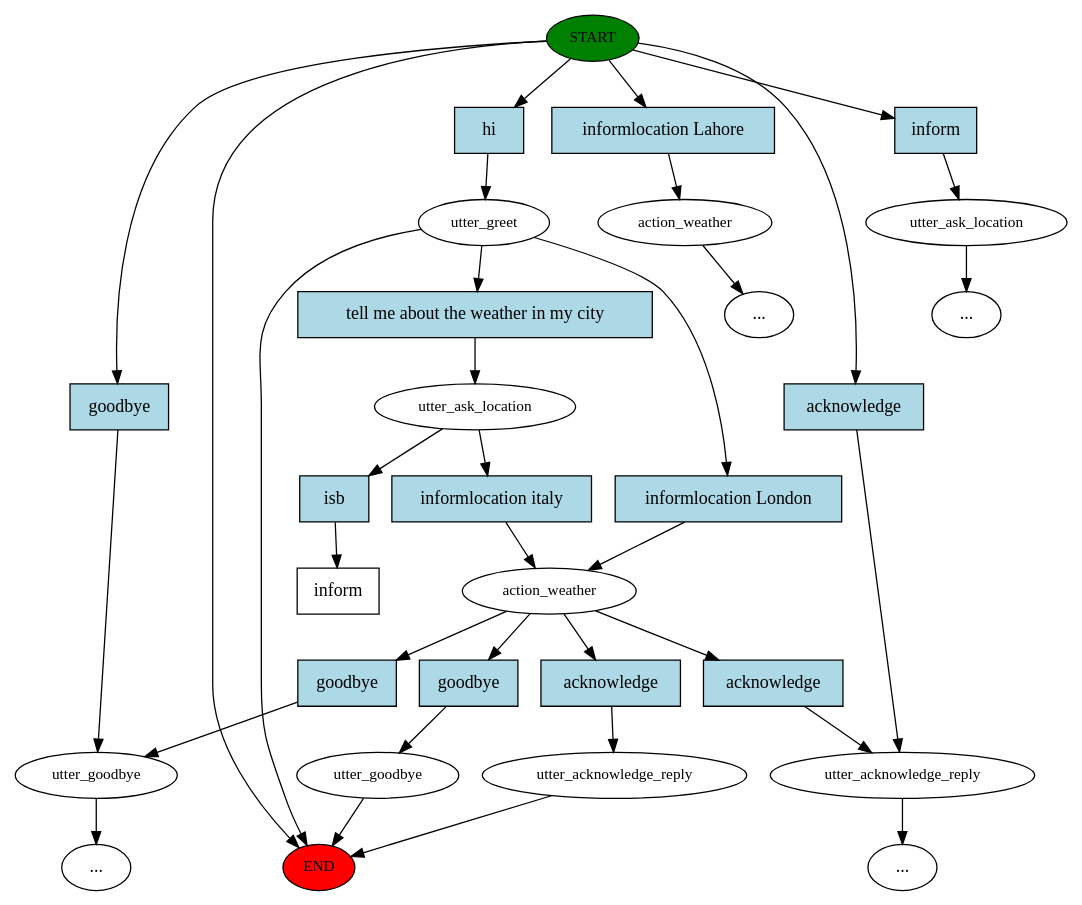
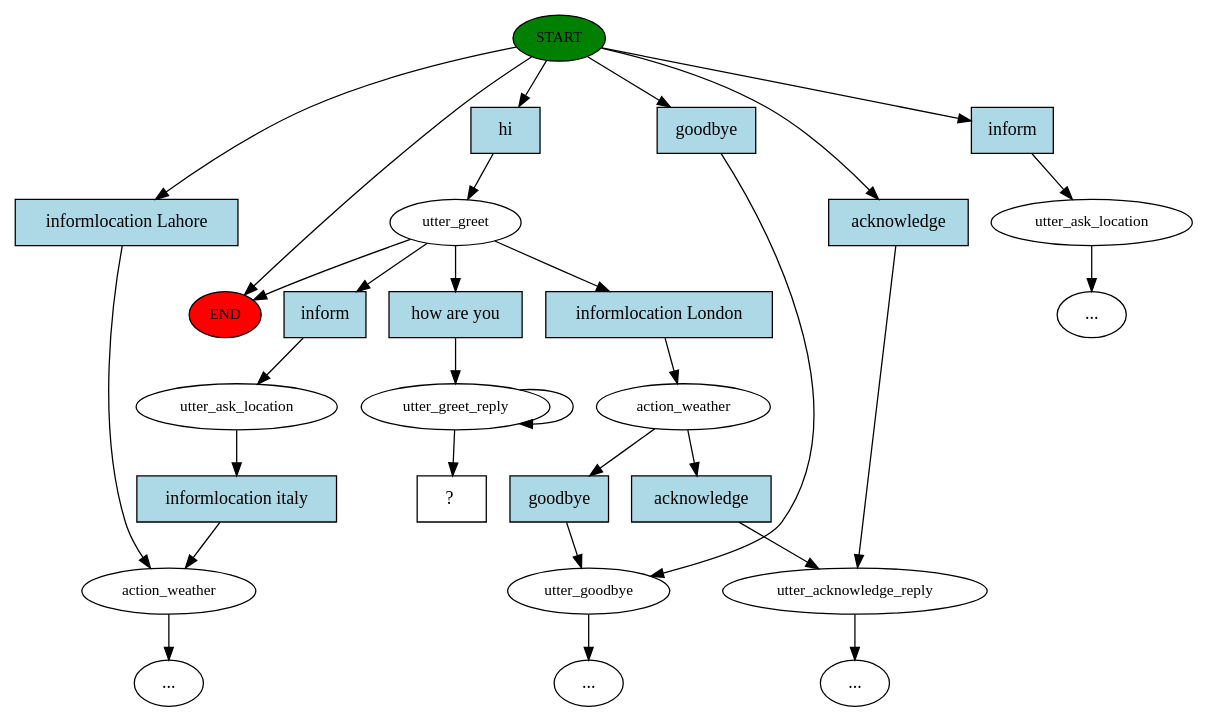
Before and after one commit to Nomiluks/weather-bot: the diagram in story_graph.dot, drawn with Graphviz. The commit also changed 21 other files, not shown here.

```diff
--- a/story_graph.dot
+++ b/story_graph.dot
@@ -1,65 +1,58 @@
 digraph  {
 0 [class="start active", fillcolor=green, fontsize=12, label=START, style=filled];
 "-1" [class=end, fillcolor=red, fontsize=12, label=END, style=filled];
 1 [class="", fontsize=12, label=utter_goodbye];
 2 [class=active, fontsize=12, label=utter_greet];
 3 [class="", fontsize=12, label=action_weather];
 4 [class="", fontsize=12, label=utter_acknowledge_reply];
 5 [class="", fontsize=12, label=utter_ask_location];
 "-6" [class=ellipsis, label="..."];
-7 [class=active, fontsize=12, label=utter_ask_location];
-8 [class="", fontsize=12, label=action_weather];
-9 [class="", fontsize=12, label=utter_acknowledge_reply];
-"-7" [class=ellipsis, label="..."];
-16 [class="", fontsize=12, label=utter_goodbye];
-"-8" [class=ellipsis, label="..."];
-"-9" [class=ellipsis, label="..."];
-23 [class="intent dashed active", label=inform, shape=rect];
+7 [class="", fontsize=12, label=utter_ask_location];
+10 [class="", fontsize=12, label=action_weather];
+"-10" [class=ellipsis, label="..."];
+"-11" [class=ellipsis, label="..."];
+"-12" [class=ellipsis, label="..."];
+21 [class=active, fontsize=12, label=utter_greet_reply];
+23 [class="intent dashed active", label="  ?  ", shape=rect];
 24 [class=intent, fillcolor=lightblue, label=goodbye, shape=rect, style=filled];
 25 [class="intent active", fillcolor=lightblue, label=hi, shape=rect, style=filled];
 26 [class=intent, fillcolor=lightblue, label="informlocation Lahore", shape=rect, style=filled];
 27 [class=intent, fillcolor=lightblue, label=acknowledge, shape=rect, style=filled];
 28 [class=intent, fillcolor=lightblue, label=inform, shape=rect, style=filled];
-29 [class="intent active", fillcolor=lightblue, label="tell me about the weather in my city", shape=rect, style=filled];
+29 [class=intent, fillcolor=lightblue, label=inform, shape=rect, style=filled];
 30 [class=intent, fillcolor=lightblue, label="informlocation London", shape=rect, style=filled];
-31 [class=intent, fillcolor=lightblue, label="informlocation italy", shape=rect, style=filled];
-32 [class="intent active", fillcolor=lightblue, label=isb, shape=rect, style=filled];
+31 [class="intent active", fillcolor=lightblue, label="how are you", shape=rect, style=filled];
+32 [class=intent, fillcolor=lightblue, label="informlocation italy", shape=rect, style=filled];
 33 [class=intent, fillcolor=lightblue, label=acknowledge, shape=rect, style=filled];
-34 [class=intent, fillcolor=lightblue, label=acknowledge, shape=rect, style=filled];
-35 [class=intent, fillcolor=lightblue, label=goodbye, shape=rect, style=filled];
-36 [class=intent, fillcolor=lightblue, label=goodbye, shape=rect, style=filled];
+34 [class=intent, fillcolor=lightblue, label=goodbye, shape=rect, style=filled];
 0 -> "-1"  [class="", key=NONE, label=""];
 0 -> 24  [class="", key=0];
 0 -> 25  [class=active, key=0];
 0 -> 26  [class="", key=0];
 0 -> 27  [class="", key=0];
 0 -> 28  [class="", key=0];
-1 -> "-8"  [class="", key=NONE, label=""];
+1 -> "-10"  [class="", key=NONE, label=""];
 2 -> "-1"  [class="", key=NONE, label=""];
-2 -> 29  [class=active, key=0];
+2 -> 29  [class="", key=0];
 2 -> 30  [class="", key=0];
-3 -> "-9"  [class="", key=NONE, label=""];
-4 -> "-7"  [class="", key=NONE, label=""];
+2 -> 31  [class=active, key=0];
+3 -> "-11"  [class="", key=NONE, label=""];
+4 -> "-12"  [class="", key=NONE, label=""];
 5 -> "-6"  [class="", key=NONE, label=""];
-7 -> 31  [class="", key=0];
-7 -> 32  [class=active, key=0];
-8 -> 33  [class="", key=0];
-8 -> 34  [class="", key=0];
-8 -> 35  [class="", key=0];
-8 -> 36  [class="", key=0];
-9 -> "-1"  [class="", key=NONE, label=""];
-16 -> "-1"  [class="", key=NONE, label=""];
+7 -> 32  [class="", key=0];
+10 -> 33  [class="", key=0];
+10 -> 34  [class="", key=0];
+21 -> 23  [class=active, key=NONE, label=""];
+21 -> 21  [class=active, key=NONE, label=""];
 24 -> 1  [class="", key=0];
 25 -> 2  [class=active, key=0];
 26 -> 3  [class="", key=0];
 27 -> 4  [class="", key=0];
 28 -> 5  [class="", key=0];
-29 -> 7  [class=active, key=0];
-30 -> 8  [class="", key=0];
-31 -> 8  [class="", key=0];
-32 -> 23  [class=active, key=0];
-33 -> 9  [class="", key=0];
-34 -> 4  [class="", key=0];
-35 -> 16  [class="", key=0];
-36 -> 1  [class="", key=0];
+29 -> 7  [class="", key=0];
+30 -> 10  [class="", key=0];
+31 -> 21  [class=active, key=0];
+32 -> 3  [class="", key=0];
+33 -> 4  [class="", key=0];
+34 -> 1  [class="", key=0];
 }
```
